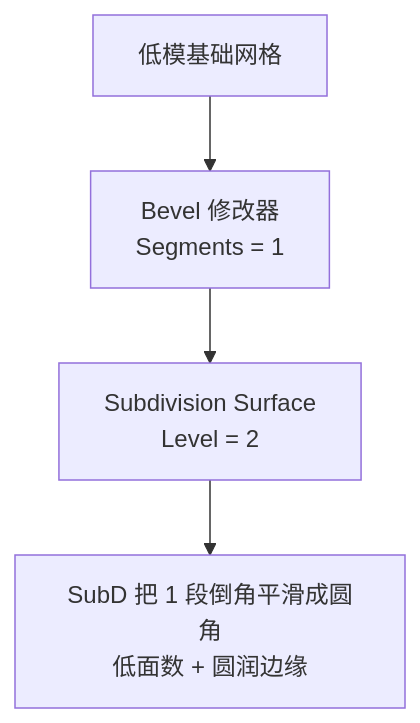
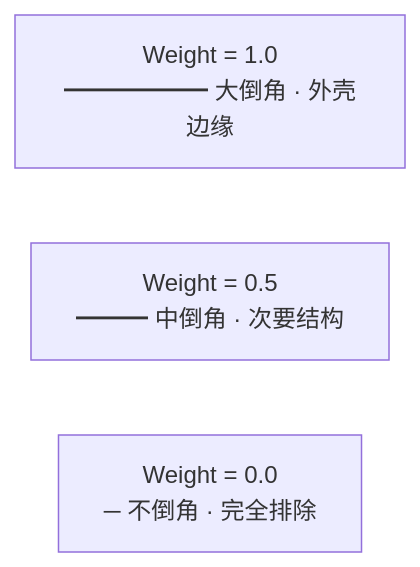
One commit to liuchamp/blenderdsv1 changed diagram 19 of 44 in Blender笔记/00-基础/06-倒角-Bevel.md. Above: the diagram before and after it, drawn with Mermaid. The commit also changed other lines of this file and 16 other files, not shown here.

````diff
--- a/Blender笔记/00-基础/06-倒角-Bevel.md
+++ b/Blender笔记/00-基础/06-倒角-Bevel.md
@@ -358,6 +406,6 @@
 ```mermaid
-flowchart TD
-    A["低模基础网格"] --> B["Bevel 修改器<br/>Segments = 1"]
-    B --> C["Subdivision Surface<br/>Level = 2"]
-    C --> D["SubD 把 1 段倒角平滑成圆角<br/>低面数 + 圆润边缘"]
+flowchart LR
+    W1["Weight = 1.0<br/>━━━━━━ 大倒角 · 外壳边缘"]
+    W2["Weight = 0.5<br/>━━━ 中倒角 · 次要结构"]
+    W3["Weight = 0.0<br/>─ 不倒角 · 完全排除"]
 ```
````
